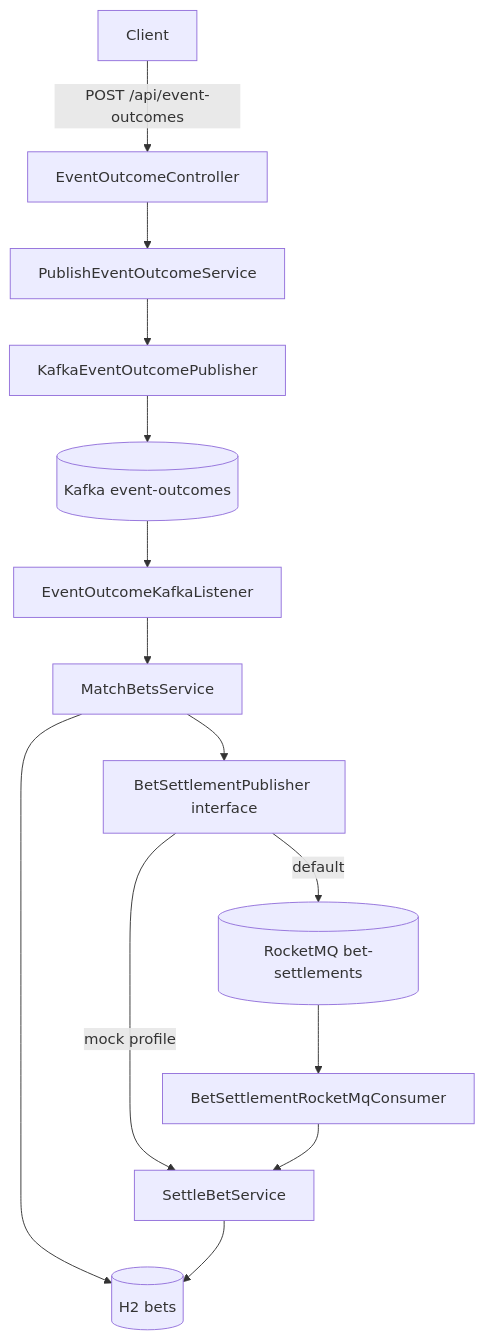
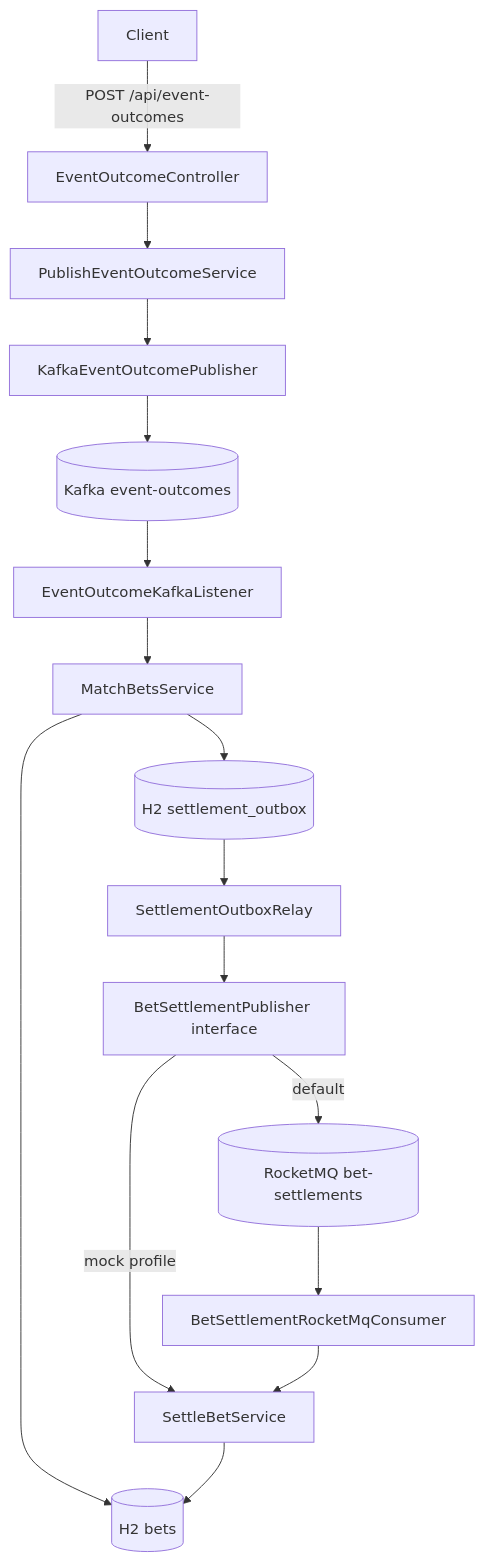
Before and after one commit to dminin/sports-betting-settlement: the diagram in README.md, drawn with Mermaid. The commit also changed other lines of this file and 12 other files, not shown here.

Commit message:
Publish settlement requests through a transactional outbox

````diff
--- a/README.md
+++ b/README.md
@@ -14,16 +15,18 @@
 ```mermaid
 flowchart TD
   client[Client] -->|"POST /api/event-outcomes"| webIn[EventOutcomeController]
   webIn --> publishSvc[PublishEventOutcomeService]
   publishSvc --> kafkaOut[KafkaEventOutcomePublisher]
   kafkaOut --> kafkaTopic[("Kafka event-outcomes")]
   kafkaTopic --> kafkaIn[EventOutcomeKafkaListener]
   kafkaIn --> matchSvc[MatchBetsService]
   matchSvc --> repo[(H2 bets)]
-  matchSvc --> rmqOut[BetSettlementPublisher interface]
+  matchSvc --> outbox[(H2 settlement_outbox)]
+  outbox --> relay[SettlementOutboxRelay]
+  relay --> rmqOut[BetSettlementPublisher interface]
   rmqOut -->|default| rmqTopic[("RocketMQ bet-settlements")]
   rmqOut -->|mock profile| settleSvc
   rmqTopic --> rmqIn[BetSettlementRocketMqConsumer]
   rmqIn --> settleSvc[SettleBetService]
   settleSvc --> repo
 ```
````
